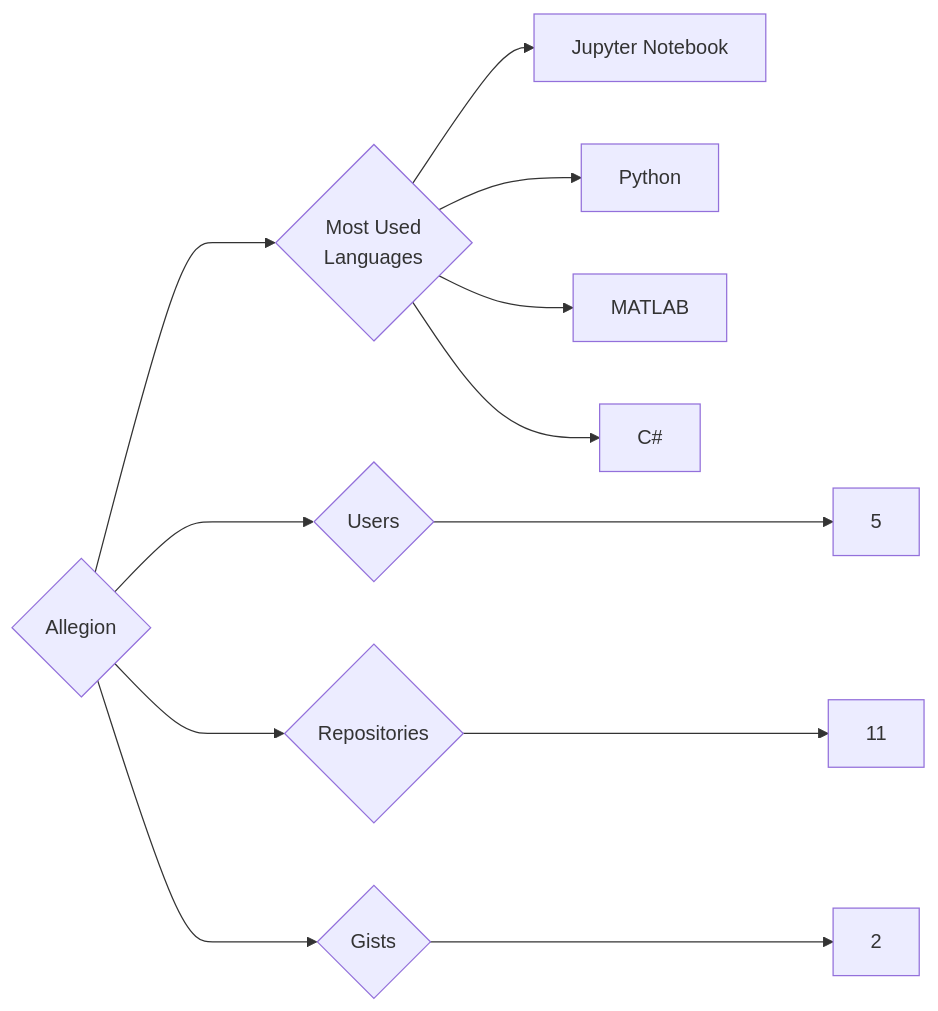
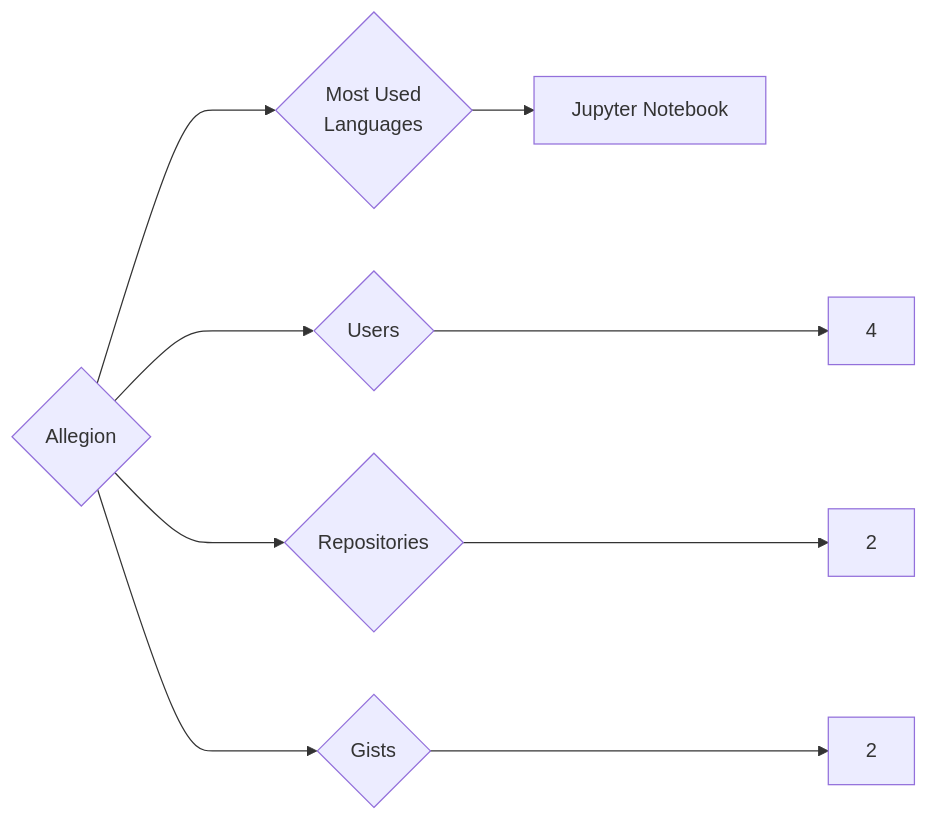
Before and after one commit to trickest/insiders: the diagram in targets/Allegion/README.md, drawn with Mermaid. The commit also changed 993 other files, not shown here.

````diff
--- a/targets/Allegion/README.md
+++ b/targets/Allegion/README.md
@@ -3,12 +3,9 @@
 ```mermaid
 graph LR
 COMPANY_NAME{Allegion}
-COMPANY_NAME ---> U{Users} ---> UN[5]
-COMPANY_NAME ---> R{Repositories} ---> RN[11]
+COMPANY_NAME ---> U{Users} ---> UN[4]
+COMPANY_NAME ---> R{Repositories} ---> RN[2]
 COMPANY_NAME ---> G{Gists} ---> GN[2]
 COMPANY_NAME ---> ML{Most Used<br>Languages}
 ML --> Jupyter_Notebook[Jupyter Notebook]
-ML --> Python[Python]
-ML --> MATLAB[MATLAB]
-ML --> C#[C#]
 ```
````
